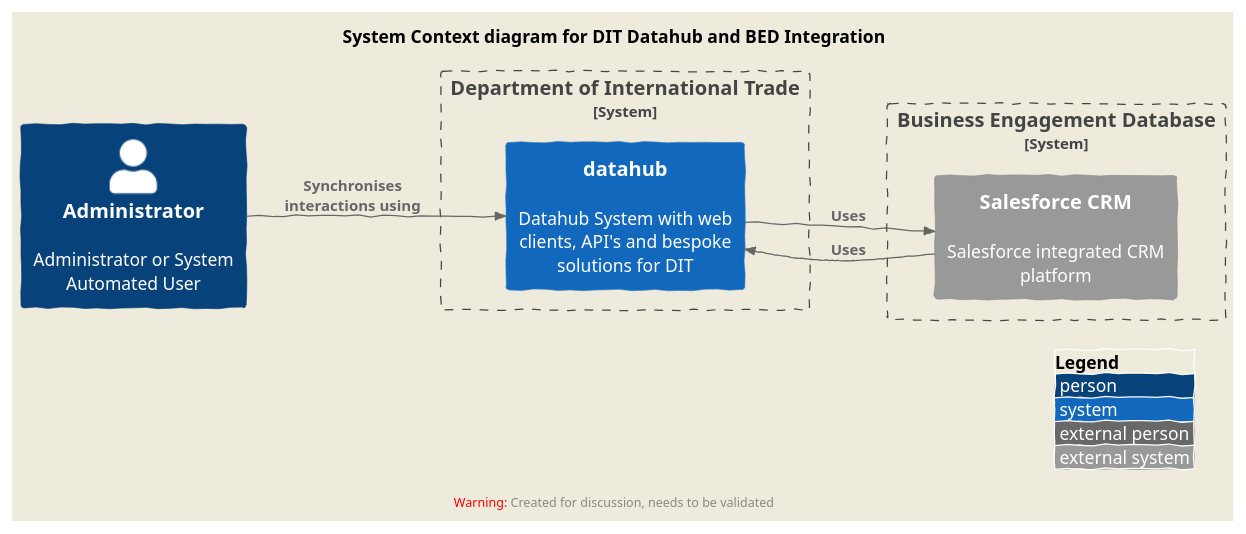
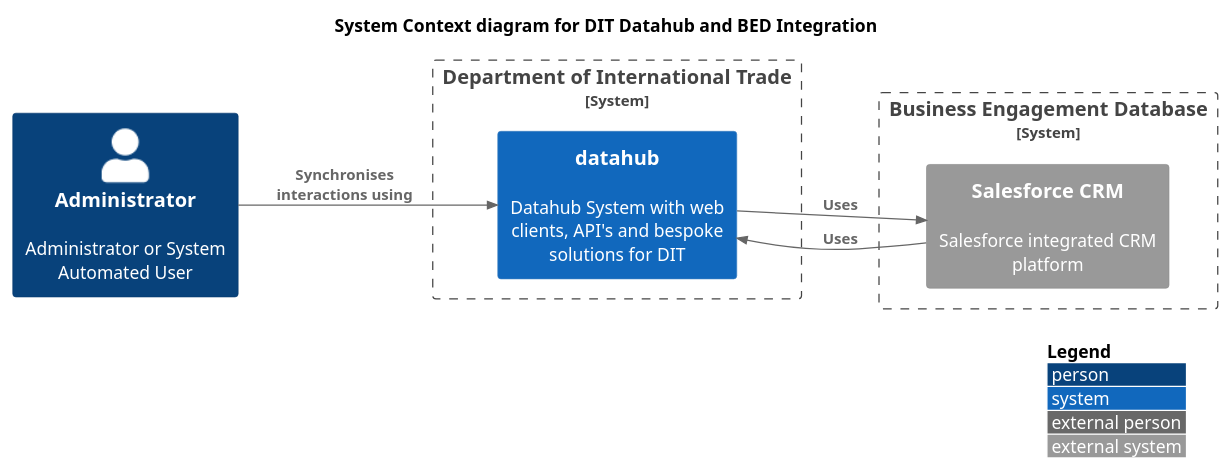
Before and after one commit to vfarah-if/DrawItExercises: the diagram in datahub/datahub-bed-system.puml, drawn with PlantUML. The commit also changed 1 other file, not shown here.

Commit message:
Updated diagram descriptions

```diff
--- a/datahub/datahub-bed-system.puml
+++ b/datahub/datahub-bed-system.puml
@@ -2,26 +2,26 @@
 @startuml Datahub to BED System Diagram
 !include https://raw.githubusercontent.com/plantuml-stdlib/C4-PlantUML/master/C4_Context.puml
 
-LAYOUT_AS_SKETCH()
+' LAYOUT_AS_SKETCH()
 LAYOUT_WITH_LEGEND()
 LAYOUT_LEFT_RIGHT()
 ' LAYOUT_TOP_DOWN()
 
 title System Context diagram for DIT Datahub and BED Integration
 
 Person(admin, "Administrator", "Administrator or System Automated User")
 
 System_Boundary(dit_system, "Department of International Trade"){
     System(datahub, "datahub", "Datahub System with web clients, API's and bespoke solutions for DIT")
 }
 
 System_Boundary(bed_system, "Business Engagement Database"){
     System_Ext(salesforce, "Salesforce CRM", "Salesforce integrated CRM platform")
 }
 
 Rel(admin, datahub, "Synchronises interactions using")
 ' Rel(datahub, salesforce, "Uses BED interactions")
 Rel(datahub, salesforce, "Uses")
 ' Rel(salesforce, datahub, "Uses Datahub interactions")
 Rel(salesforce, datahub, "Uses")
 @enduml
```
